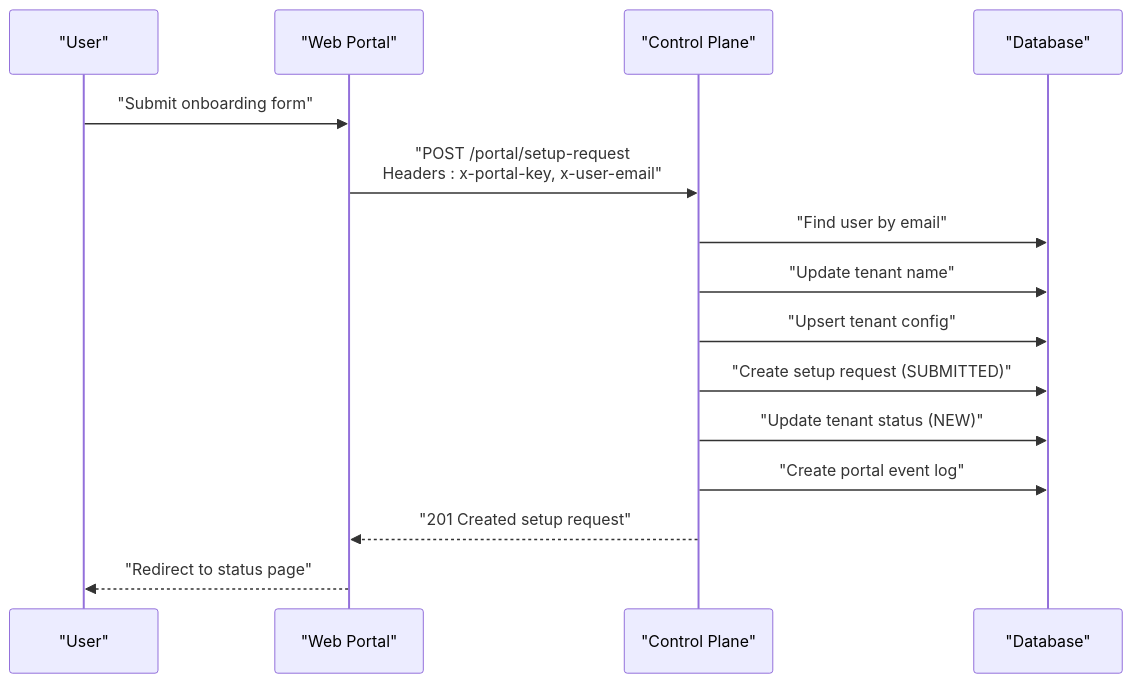
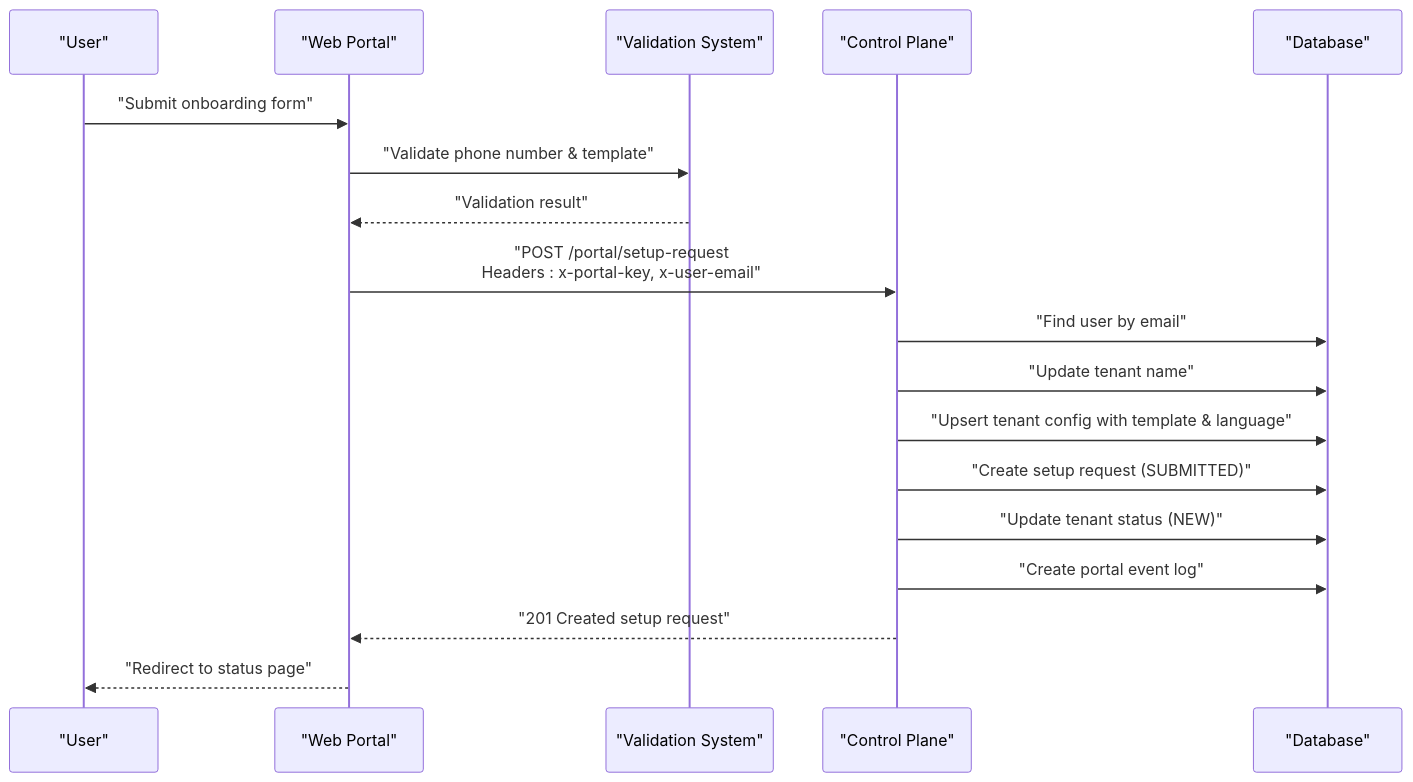
Before and after one commit to askchiwa-spec/FLOW-HQ-BOT: the second of 8 diagrams in .qoder/repowiki/en/content/Database Design/Core Entities/User and SetupRequest Entities.md, drawn with Mermaid. The commit also changed other lines of this file and 69 other files, not shown here.

````diff
--- a/.qoder/repowiki/en/content/Database Design/Core Entities/User and SetupRequest Entities.md
+++ b/.qoder/repowiki/en/content/Database Design/Core Entities/User and SetupRequest Entities.md
@@ -121,17 +144,20 @@
 ```mermaid
 sequenceDiagram
 participant User as "User"
 participant Web as "Web Portal"
+participant Validator as "Validation System"
 participant CP as "Control Plane"
 participant DB as "Database"
 User->>Web : "Submit onboarding form"
+Web->>Validator : "Validate phone number & template"
+Validator-->>Web : "Validation result"
 Web->>CP : "POST /portal/setup-request<br/>Headers : x-portal-key, x-user-email"
 CP->>DB : "Find user by email"
 CP->>DB : "Update tenant name"
-CP->>DB : "Upsert tenant config"
+CP->>DB : "Upsert tenant config with template & language"
 CP->>DB : "Create setup request (SUBMITTED)"
 CP->>DB : "Update tenant status (NEW)"
 CP->>DB : "Create portal event log"
 CP-->>Web : "201 Created setup request"
 Web-->>User : "Redirect to status page"
 ```
````
